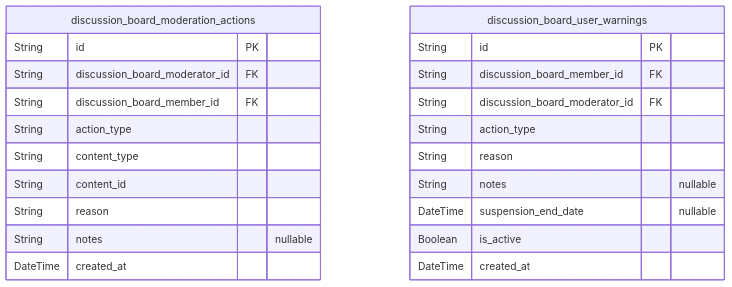
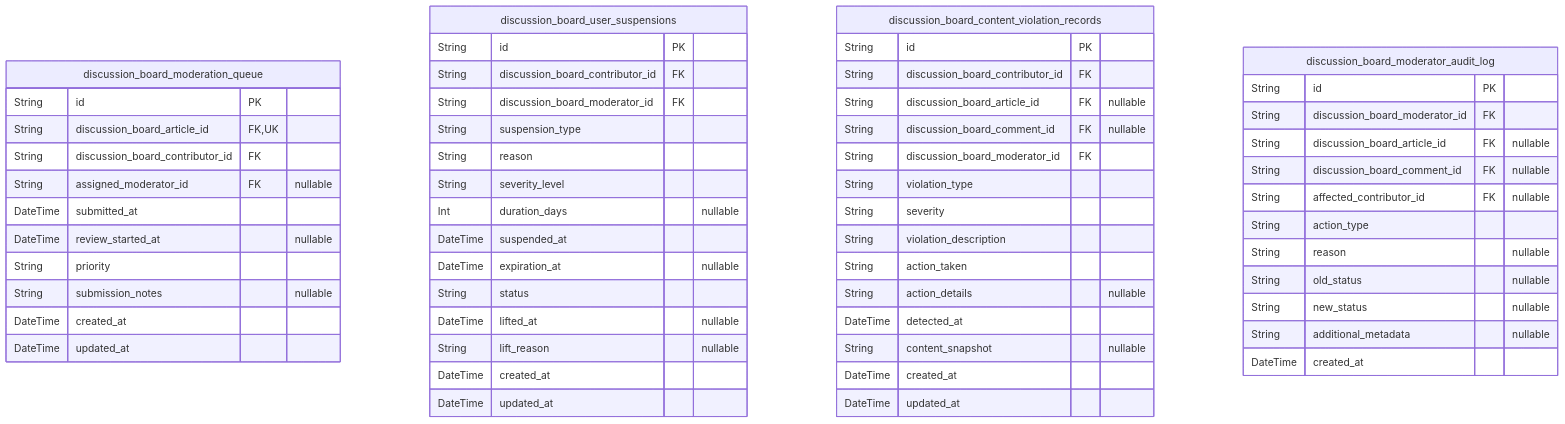
One commit to wrtnlabs/autobe-examples changed the fifth of 6 diagrams in anthropic/claude-haiku-4.5/bbs/docs/ERD.md. Above: the diagram before and after it, drawn with Mermaid. The commit also changed other lines of this file and 3569 other files, not shown here.

````diff
--- a/anthropic/claude-haiku-4.5/bbs/docs/ERD.md
+++ b/anthropic/claude-haiku-4.5/bbs/docs/ERD.md
@@ -820,25 +1074,60 @@
 ```mermaid
 erDiagram
-"discussion_board_moderation_actions" {
+"discussion_board_moderation_queue" {
+  String id PK
+  String discussion_board_article_id FK,UK
+  String discussion_board_contributor_id FK
+  String assigned_moderator_id FK "nullable"
+  DateTime submitted_at
+  DateTime review_started_at "nullable"
+  String priority
+  String submission_notes "nullable"
+  DateTime created_at
+  DateTime updated_at
+}
+"discussion_board_user_suspensions" {
+  String id PK
+  String discussion_board_contributor_id FK
+  String discussion_board_moderator_id FK
+  String suspension_type
+  String reason
+  String severity_level
+  Int duration_days "nullable"
+  DateTime suspended_at
+  DateTime expiration_at "nullable"
+  String status
+  DateTime lifted_at "nullable"
+  String lift_reason "nullable"
+  DateTime created_at
+  DateTime updated_at
+}
+"discussion_board_content_violation_records" {
+  String id PK
+  String discussion_board_contributor_id FK
+  String discussion_board_article_id FK "nullable"
+  String discussion_board_comment_id FK "nullable"
+  String discussion_board_moderator_id FK
+  String violation_type
+  String severity
+  String violation_description
+  String action_taken
+  String action_details "nullable"
+  DateTime detected_at
+  String content_snapshot "nullable"
+  DateTime created_at
+  DateTime updated_at
+}
+"discussion_board_moderator_audit_log" {
   String id PK
   String discussion_board_moderator_id FK
-  String discussion_board_member_id FK
+  String discussion_board_article_id FK "nullable"
+  String discussion_board_comment_id FK "nullable"
+  String affected_contributor_id FK "nullable"
   String action_type
-  String content_type
-  String content_id
-  String reason
-  String notes "nullable"
-  DateTime created_at
-}
-"discussion_board_user_warnings" {
-  String id PK
-  String discussion_board_member_id FK
-  String discussion_board_moderator_id FK
-  String action_type
-  String reason
-  String notes "nullable"
-  DateTime suspension_end_date "nullable"
-  Boolean is_active
+  String reason "nullable"
+  String old_status "nullable"
+  String new_status "nullable"
+  String additional_metadata "nullable"
   DateTime created_at
 }
 ```
````
